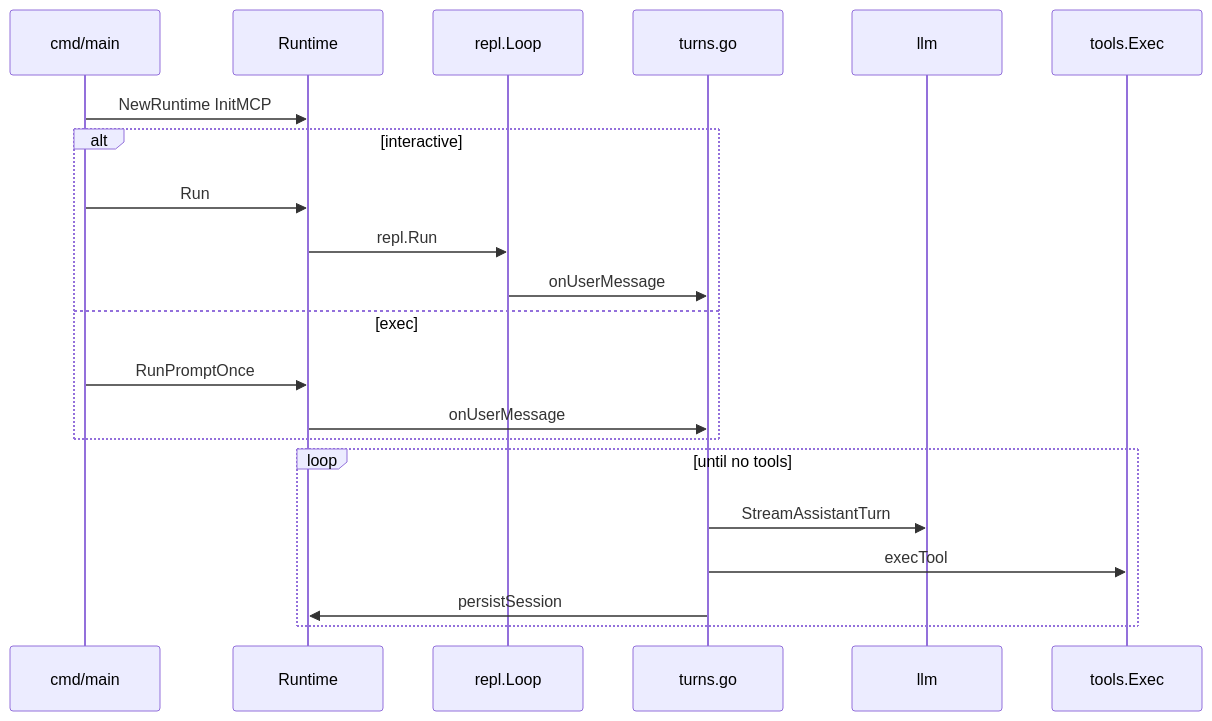
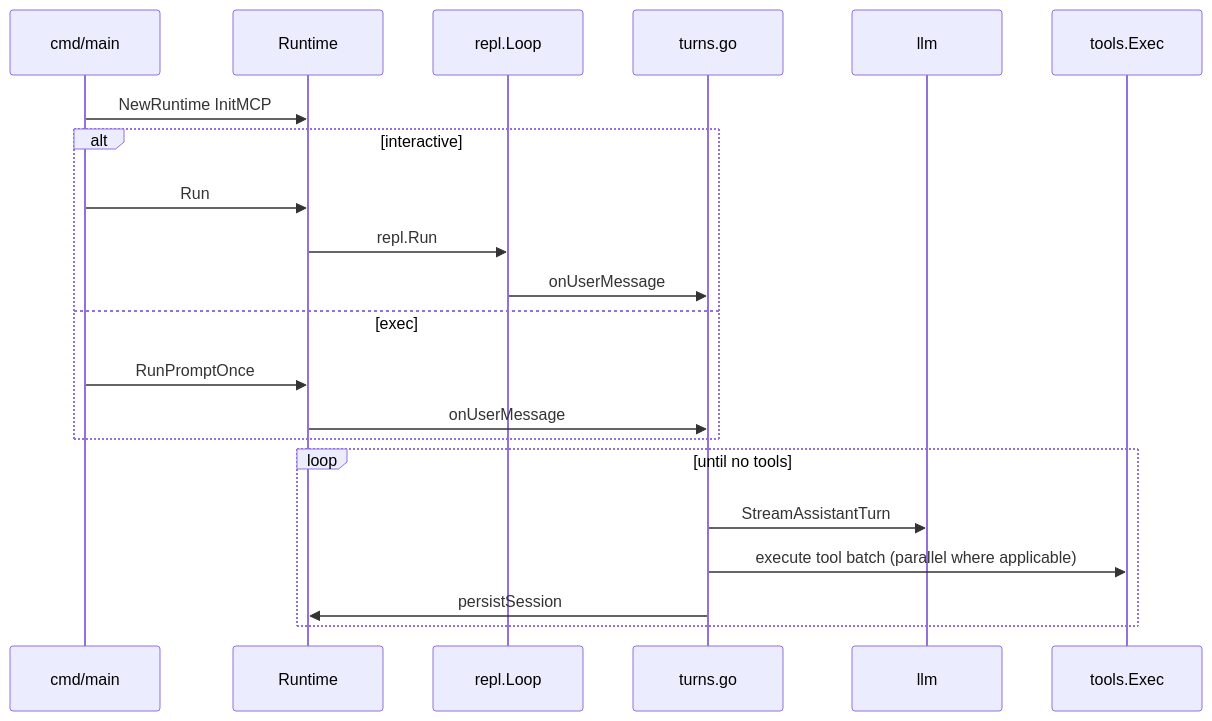
One commit to SAPPHIR3-ROS3/Solomon changed the diagram in docs/architecture/runtime-orchestration.md. Above: the diagram before and after it, drawn with Mermaid. The commit also changed 13 other files, not shown here.

Commit message:
feat: execute requested tool calls concurrently

````diff
--- a/docs/architecture/runtime-orchestration.md
+++ b/docs/architecture/runtime-orchestration.md
@@ -9,24 +9,24 @@
 ```mermaid
 sequenceDiagram
   participant Main as cmd/main
   participant RT as Runtime
   participant REPL as repl.Loop
   participant Turns as turns.go
   participant LLM as llm
   participant Tools as tools.Exec
 
   Main->>RT: NewRuntime InitMCP
   alt interactive
     Main->>RT: Run
     RT->>REPL: repl.Run
     REPL->>Turns: onUserMessage
   else exec
     Main->>RT: RunPromptOnce
     RT->>Turns: onUserMessage
   end
   loop until no tools
     Turns->>LLM: StreamAssistantTurn
-    Turns->>Tools: execTool
+    Turns->>Tools: execute tool batch (parallel where applicable)
     Turns->>RT: persistSession
   end
 ```
````
